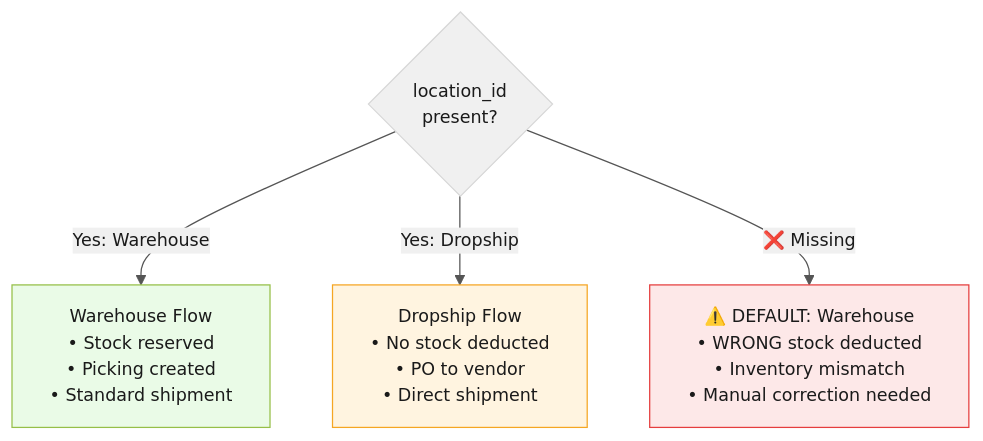
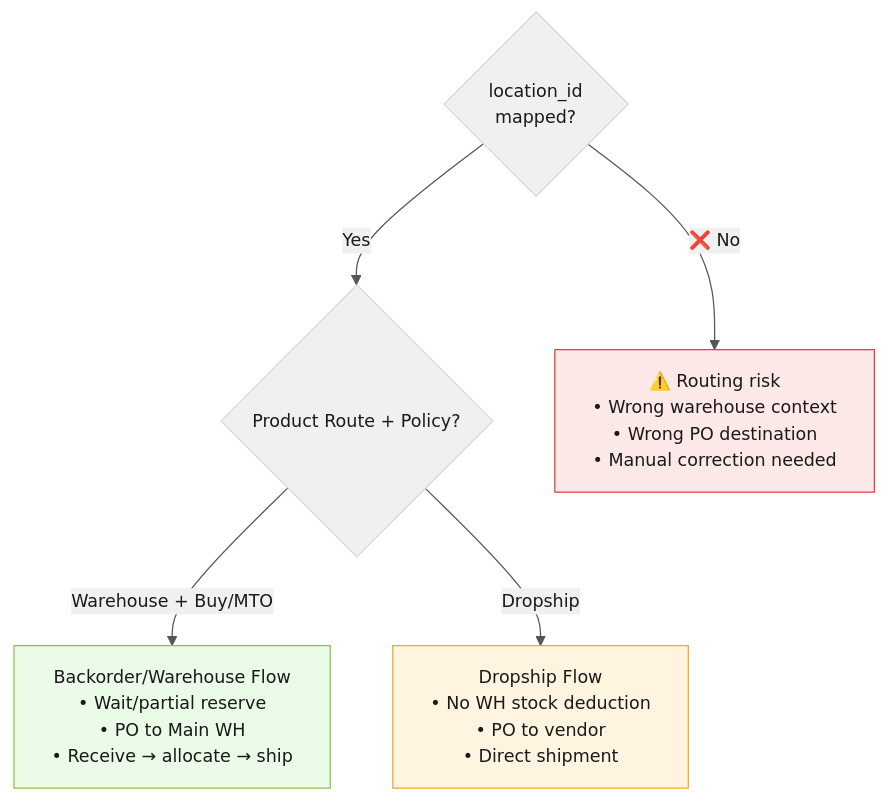
Diagram 15 of 16 in shopify-sync-odoo-scenarios.md (ozan-droid/documents), drawn with Mermaid before and after one commit. The commit also changed other lines of this file, not shown here.

````diff
--- a/shopify-sync-odoo-scenarios.md
+++ b/shopify-sync-odoo-scenarios.md
@@ -591,13 +600,14 @@
 ```mermaid
 %%{init: {'theme': 'base', 'themeVariables': {'primaryColor': '#f0f0f0', 'primaryTextColor': '#1a1a1a', 'lineColor': '#555', 'textColor': '#1a1a1a', 'fontSize': '14px'}}}%%
 flowchart TD
-    LID{"location_id\npresent?"}
+    LID{"location_id\nmapped?"}
     
-    LID -->|"Yes: Warehouse"| WH["Warehouse Flow\n• Stock reserved\n• Picking created\n• Standard shipment"]
-    LID -->|"Yes: Dropship"| DS["Dropship Flow\n• No stock deducted\n• PO to vendor\n• Direct shipment"]
-    LID -->|"❌ Missing"| ERR["⚠️ DEFAULT: Warehouse\n• WRONG stock deducted\n• Inventory mismatch\n• Manual correction needed"]
+    LID -->|"Yes"| ROUTE{"Product Route + Policy?"}
+    ROUTE -->|"Warehouse + Buy/MTO"| WH["Backorder/Warehouse Flow\n• Wait/partial reserve\n• PO to Main WH\n• Receive → allocate → ship"]
+    ROUTE -->|"Dropship"| DS["Dropship Flow\n• No WH stock deduction\n• PO to vendor\n• Direct shipment"]
+    LID -->|"❌ No"| ERR["⚠️ Routing risk\n• Wrong warehouse context\n• Wrong PO destination\n• Manual correction needed"]
 
     style WH fill:#eafbe7,stroke:#96bf48,color:#1a1a1a
     style DS fill:#fff4e0,stroke:#f5a623,color:#1a1a1a
     style ERR fill:#fde8e8,stroke:#e53e3e,color:#1a1a1a
 ```
````
